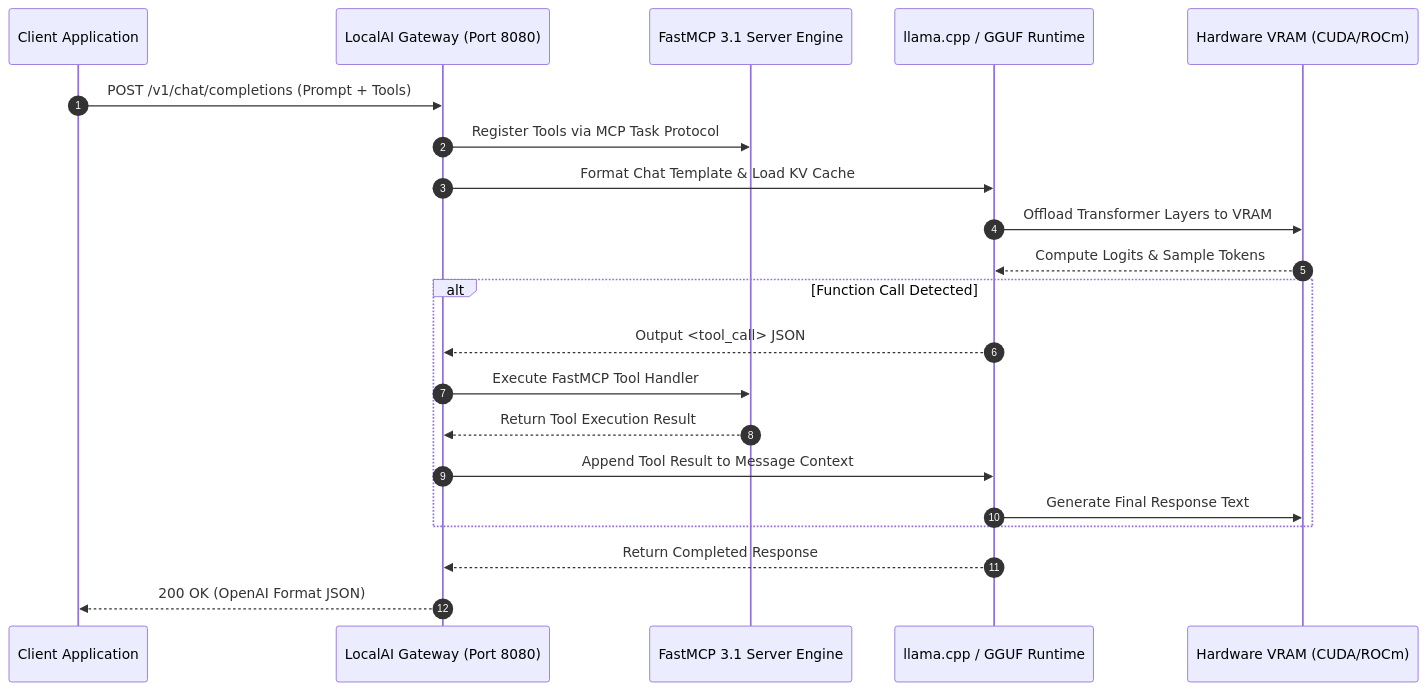
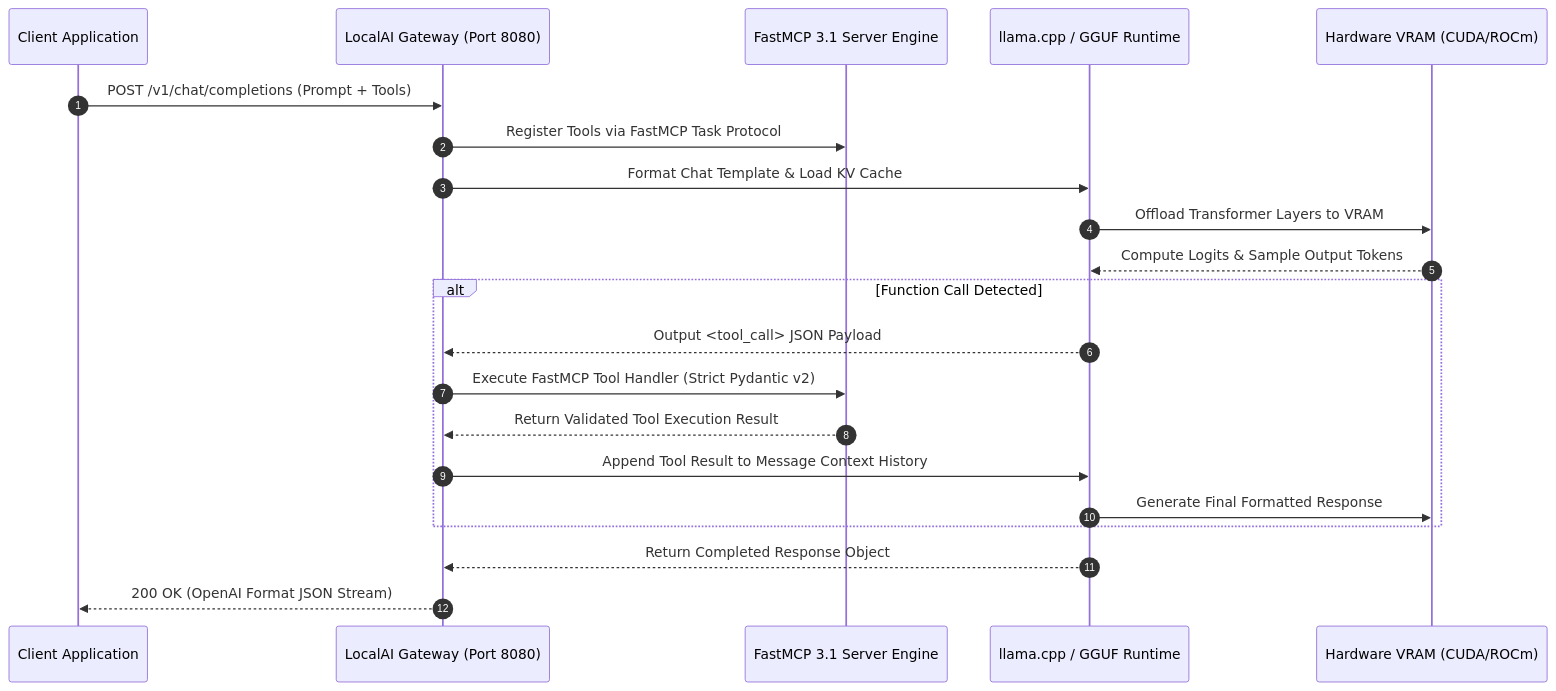
One commit to joanmarcriera/Home-office-automations changed the diagram in docs/tools/infrastructure/localai.md. Above: the diagram before and after it, drawn with Mermaid. The commit also changed other lines of this file and 5 other files, not shown here.

````diff
--- a/docs/tools/infrastructure/localai.md
+++ b/docs/tools/infrastructure/localai.md
@@ -45,26 +56,26 @@
 ```mermaid
 sequenceDiagram
     autonumber
     participant App as Client Application
     participant Gateway as LocalAI Gateway (Port 8080)
     participant MCP as FastMCP 3.1 Server Engine
     participant Engine as llama.cpp / GGUF Runtime
     participant GPU as Hardware VRAM (CUDA/ROCm)
 
     App->>Gateway: POST /v1/chat/completions (Prompt + Tools)
-    Gateway->>MCP: Register Tools via MCP Task Protocol
+    Gateway->>MCP: Register Tools via FastMCP Task Protocol
     Gateway->>Engine: Format Chat Template & Load KV Cache
     Engine->>GPU: Offload Transformer Layers to VRAM
-    GPU-->>Engine: Compute Logits & Sample Tokens
+    GPU-->>Engine: Compute Logits & Sample Output Tokens
 
     alt Function Call Detected
-        Engine-->>Gateway: Output <tool_call> JSON
-        Gateway->>MCP: Execute FastMCP Tool Handler
-        MCP-->>Gateway: Return Tool Execution Result
-        Gateway->>Engine: Append Tool Result to Message Context
-        Engine->>GPU: Generate Final Response Text
+        Engine-->>Gateway: Output <tool_call> JSON Payload
+        Gateway->>MCP: Execute FastMCP Tool Handler (Strict Pydantic v2)
+        MCP-->>Gateway: Return Validated Tool Execution Result
+        Gateway->>Engine: Append Tool Result to Message Context History
+        Engine->>GPU: Generate Final Formatted Response
     end
 
-    Engine-->>Gateway: Return Completed Response
-    Gateway-->>App: 200 OK (OpenAI Format JSON)
+    Engine-->>Gateway: Return Completed Response Object
+    Gateway-->>App: 200 OK (OpenAI Format JSON Stream)
 ```
````
